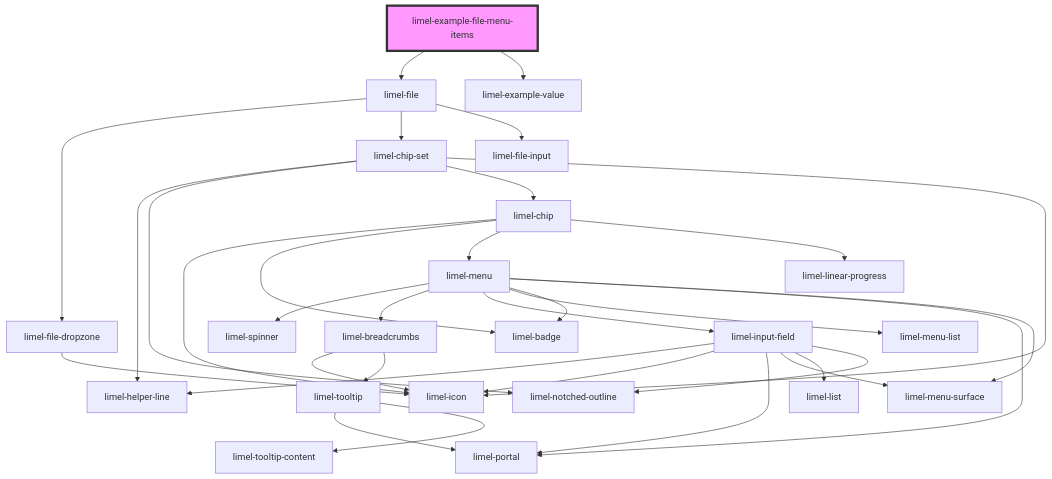
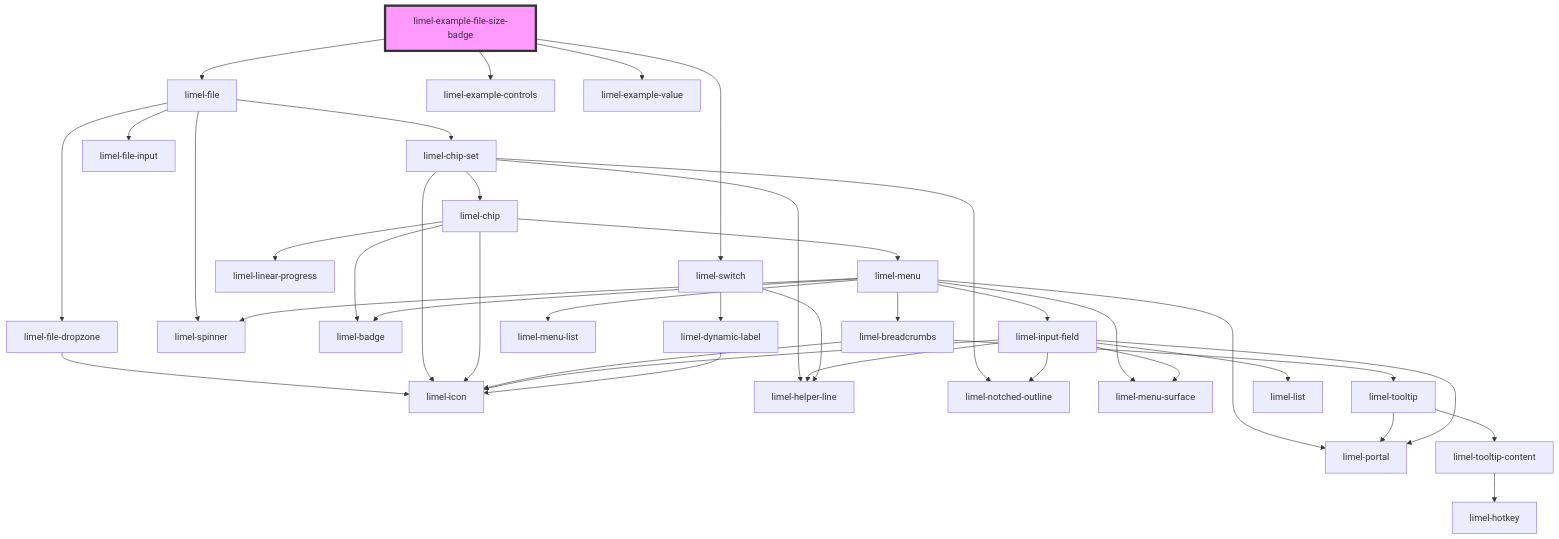
Before and after one commit to Lundalogik/lime-elements: the diagram in versions/PR-3990/markdown-docs/components/file/examples/readme.md, drawn with Mermaid. The commit also changed other lines of this file and 1095 other files, not shown here.

````diff
--- a/versions/PR-3990/markdown-docs/components/file/examples/readme.md
+++ b/versions/PR-3990/markdown-docs/components/file/examples/readme.md
@@ -19,35 +26,42 @@
 ```mermaid
 graph TD;
-  limel-example-file-menu-items --> limel-file
-  limel-example-file-menu-items --> limel-example-value
+  limel-example-file-size-badge --> limel-file
+  limel-example-file-size-badge --> limel-example-controls
+  limel-example-file-size-badge --> limel-switch
+  limel-example-file-size-badge --> limel-example-value
   limel-file --> limel-file-dropzone
+  limel-file --> limel-spinner
   limel-file --> limel-chip-set
   limel-file --> limel-file-input
   limel-file-dropzone --> limel-icon
   limel-chip-set --> limel-helper-line
   limel-chip-set --> limel-notched-outline
   limel-chip-set --> limel-chip
   limel-chip-set --> limel-icon
   limel-chip --> limel-icon
   limel-chip --> limel-badge
   limel-chip --> limel-menu
   limel-chip --> limel-linear-progress
   limel-menu --> limel-spinner
   limel-menu --> limel-breadcrumbs
   limel-menu --> limel-input-field
   limel-menu --> limel-menu-list
   limel-menu --> limel-badge
   limel-menu --> limel-portal
   limel-menu --> limel-menu-surface
   limel-breadcrumbs --> limel-icon
   limel-breadcrumbs --> limel-tooltip
   limel-tooltip --> limel-portal
   limel-tooltip --> limel-tooltip-content
+  limel-tooltip-content --> limel-hotkey
   limel-input-field --> limel-helper-line
   limel-input-field --> limel-icon
   limel-input-field --> limel-portal
   limel-input-field --> limel-menu-surface
   limel-input-field --> limel-list
   limel-input-field --> limel-notched-outline
-  style limel-example-file-menu-items fill:#f9f,stroke:#333,stroke-width:4px
+  limel-switch --> limel-dynamic-label
+  limel-switch --> limel-helper-line
+  limel-dynamic-label --> limel-icon
+  style limel-example-file-size-badge fill:#f9f,stroke:#333,stroke-width:4px
 ```
````
